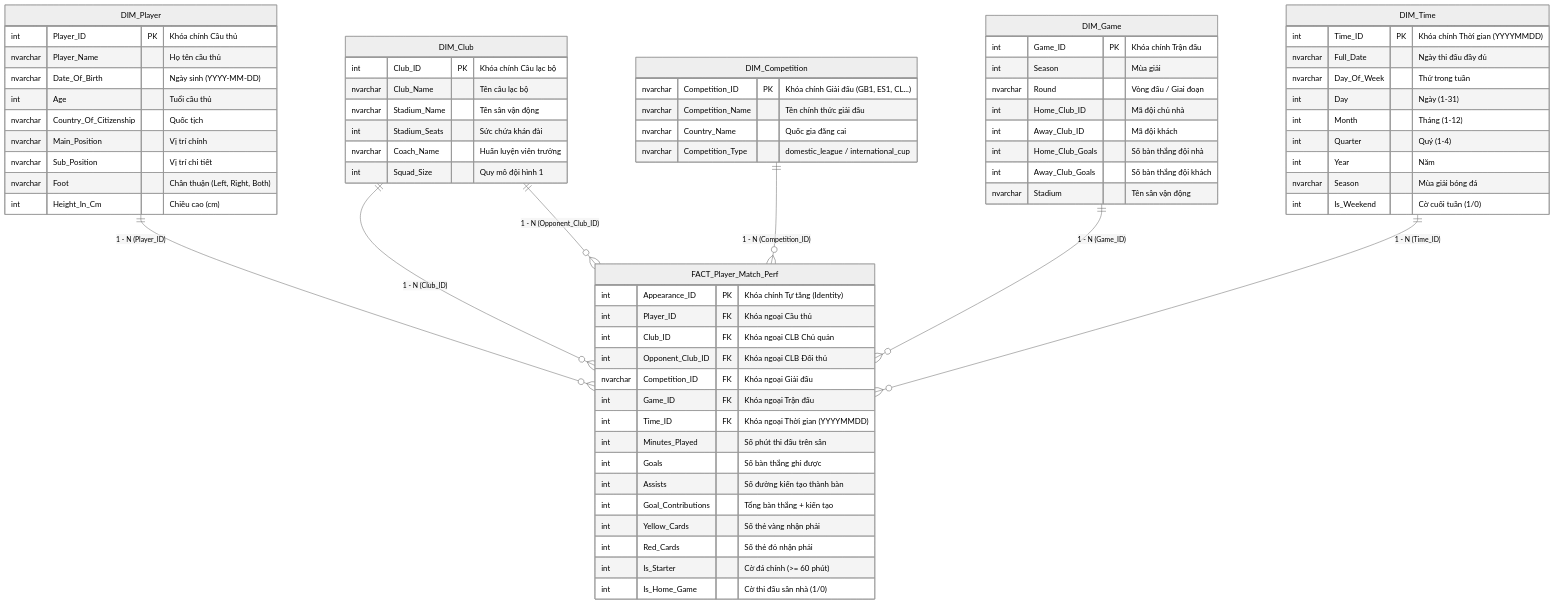
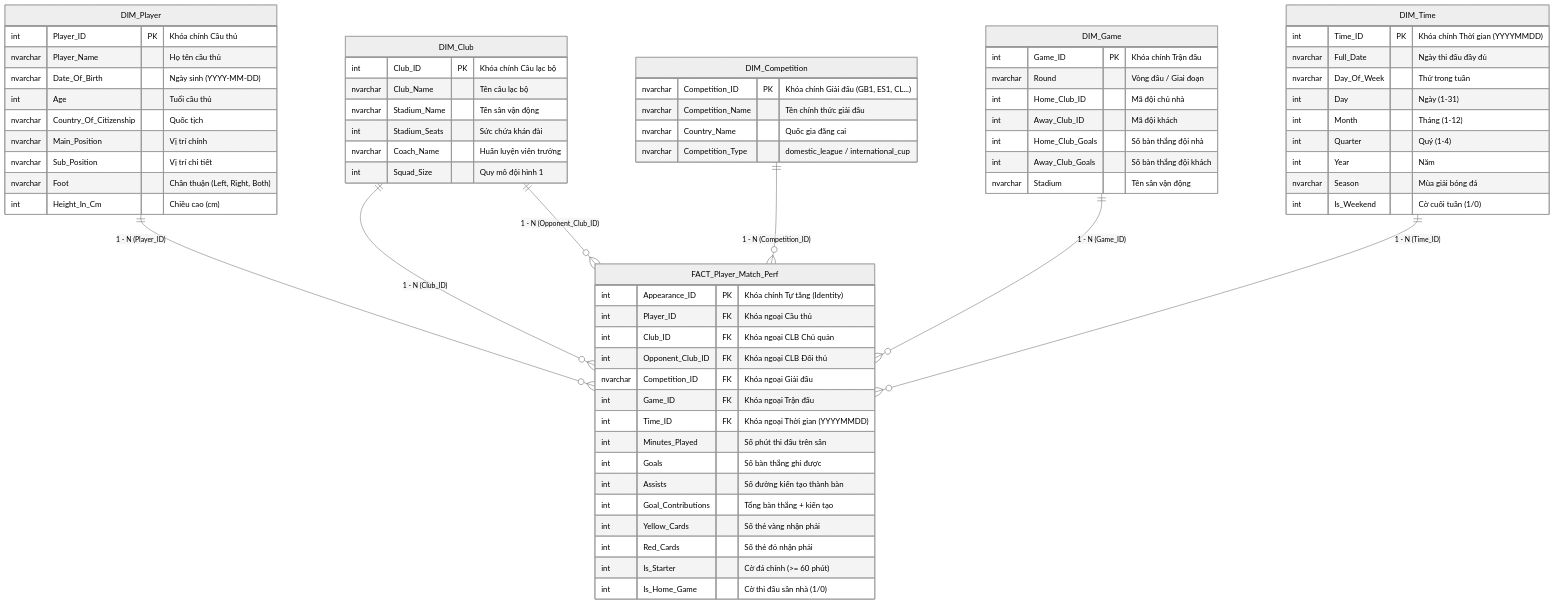
Before and after one commit to snowflake-vibing/Kho_du_lieu_OLAP: the diagram in README.md, drawn with Mermaid (neutral theme). The commit also changed 4 other files, not shown here.

````diff
--- a/README.md
+++ b/README.md
@@ -25,78 +25,77 @@
 ```mermaid
 erDiagram
     DIM_Player ||--o{ FACT_Player_Match_Perf : "1 - N (Player_ID)"
     DIM_Club ||--o{ FACT_Player_Match_Perf : "1 - N (Club_ID)"
     DIM_Club ||--o{ FACT_Player_Match_Perf : "1 - N (Opponent_Club_ID)"
     DIM_Competition ||--o{ FACT_Player_Match_Perf : "1 - N (Competition_ID)"
     DIM_Game ||--o{ FACT_Player_Match_Perf : "1 - N (Game_ID)"
     DIM_Time ||--o{ FACT_Player_Match_Perf : "1 - N (Time_ID)"
 
     DIM_Player {
         int Player_ID PK "Khóa chính Cầu thủ"
         nvarchar Player_Name "Họ tên cầu thủ"
         nvarchar Date_Of_Birth "Ngày sinh (YYYY-MM-DD)"
         int Age "Tuổi cầu thủ"
         nvarchar Country_Of_Citizenship "Quốc tịch"
         nvarchar Main_Position "Vị trí chính"
         nvarchar Sub_Position "Vị trí chi tiết"
         nvarchar Foot "Chân thuận (Left, Right, Both)"
         int Height_In_Cm "Chiều cao (cm)"
     }
 
     DIM_Club {
         int Club_ID PK "Khóa chính Câu lạc bộ"
         nvarchar Club_Name "Tên câu lạc bộ"
         nvarchar Stadium_Name "Tên sân vận động"
         int Stadium_Seats "Sức chứa khán đài"
         nvarchar Coach_Name "Huấn luyện viên trưởng"
         int Squad_Size "Quy mô đội hình 1"
     }
 
     DIM_Competition {
         nvarchar Competition_ID PK "Khóa chính Giải đấu (GB1, ES1, CL...)"
         nvarchar Competition_Name "Tên chính thức giải đấu"
         nvarchar Country_Name "Quốc gia đăng cai"
         nvarchar Competition_Type "domestic_league / international_cup"
     }
 
     DIM_Game {
         int Game_ID PK "Khóa chính Trận đấu"
-        int Season "Mùa giải"
         nvarchar Round "Vòng đấu / Giai đoạn"
         int Home_Club_ID "Mã đội chủ nhà"
         int Away_Club_ID "Mã đội khách"
         int Home_Club_Goals "Số bàn thắng đội nhà"
         int Away_Club_Goals "Số bàn thắng đội khách"
         nvarchar Stadium "Tên sân vận động"
     }
 
     DIM_Time {
         int Time_ID PK "Khóa chính Thời gian (YYYYMMDD)"
         nvarchar Full_Date "Ngày thi đấu đầy đủ"
         nvarchar Day_Of_Week "Thứ trong tuần"
         int Day "Ngày (1-31)"
         int Month "Tháng (1-12)"
         int Quarter "Quý (1-4)"
         int Year "Năm"
         nvarchar Season "Mùa giải bóng đá"
         int Is_Weekend "Cờ cuối tuần (1/0)"
     }
 
     FACT_Player_Match_Perf {
         int Appearance_ID PK "Khóa chính Tự tăng (Identity)"
         int Player_ID FK "Khóa ngoại Cầu thủ"
         int Club_ID FK "Khóa ngoại CLB Chủ quản"
         int Opponent_Club_ID FK "Khóa ngoại CLB Đối thủ"
         nvarchar Competition_ID FK "Khóa ngoại Giải đấu"
         int Game_ID FK "Khóa ngoại Trận đấu"
         int Time_ID FK "Khóa ngoại Thời gian (YYYYMMDD)"
         int Minutes_Played "Số phút thi đấu trên sân"
         int Goals "Số bàn thắng ghi được"
         int Assists "Số đường kiến tạo thành bàn"
         int Goal_Contributions "Tổng bàn thắng + kiến tạo"
         int Yellow_Cards "Số thẻ vàng nhận phải"
         int Red_Cards "Số thẻ đỏ nhận phải"
         int Is_Starter "Cờ đá chính (>= 60 phút)"
         int Is_Home_Game "Cờ thi đấu sân nhà (1/0)"
     }
 ```
````
